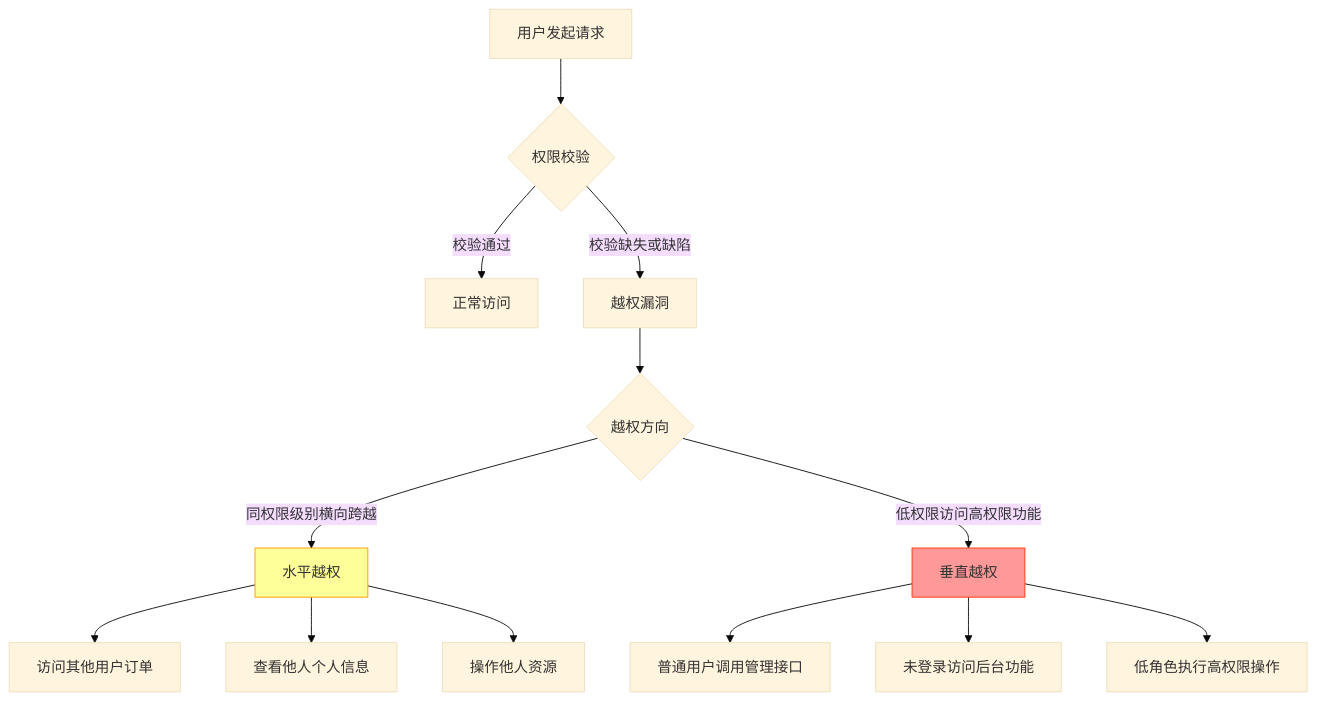
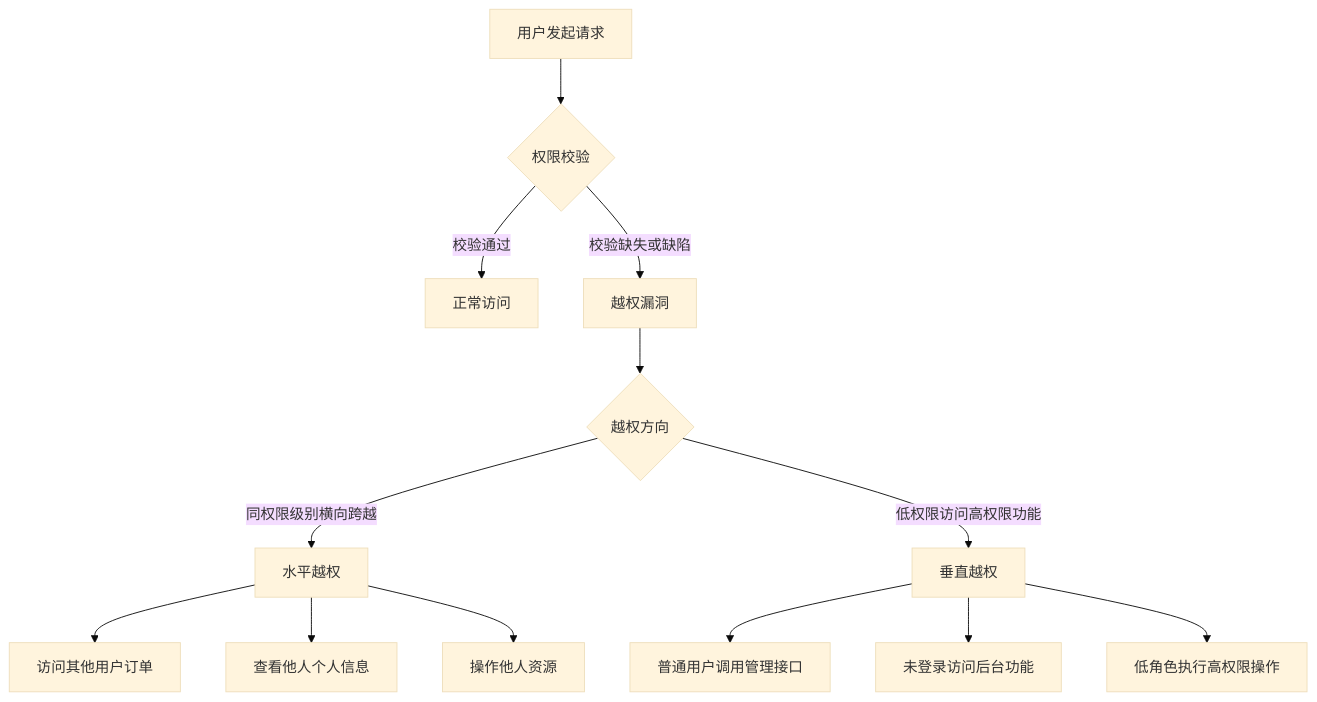
The first of 2 diagrams in source/_posts/IDOR-horizontal-vertical.md (congliang/congliang.github.io), drawn with Mermaid (base theme) before and after one commit. The commit also changed other lines of this file and 42 other files, not shown here.

Commit message:
优化 Mermaid 图表渲染兼容性

````diff
--- a/source/_posts/IDOR-horizontal-vertical.md
+++ b/source/_posts/IDOR-horizontal-vertical.md
@@ -25,17 +25,15 @@
 ```mermaid
 flowchart TD
     A[用户发起请求] --> B{权限校验}
     B -->|校验通过| C[正常访问]
     B -->|校验缺失或缺陷| D[越权漏洞]
     D --> E{越权方向}
     E -->|同权限级别横向跨越| F[水平越权]
     E -->|低权限访问高权限功能| G[垂直越权]
     F --> F1[访问其他用户订单]
     F --> F2[查看他人个人信息]
     F --> F3[操作他人资源]
     G --> G1[普通用户调用管理接口]
     G --> G2[未登录访问后台功能]
     G --> G3[低角色执行高权限操作]
-    style F fill:#ff9,stroke:#f90
-    style G fill:#f99,stroke:#f30
 ```
````
